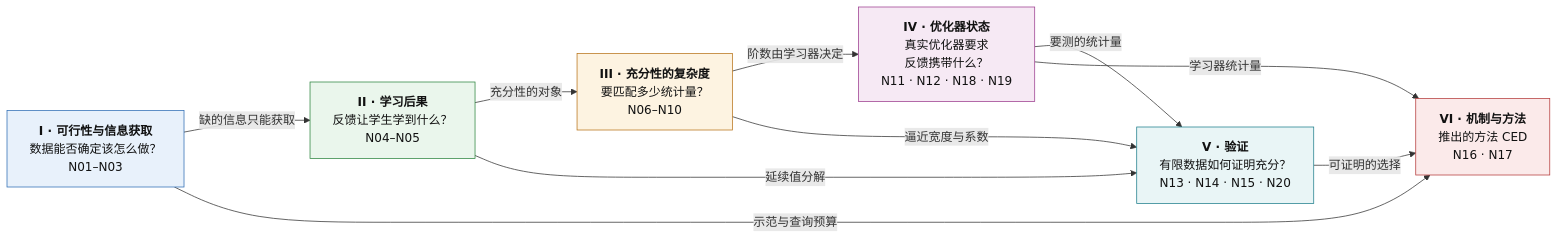
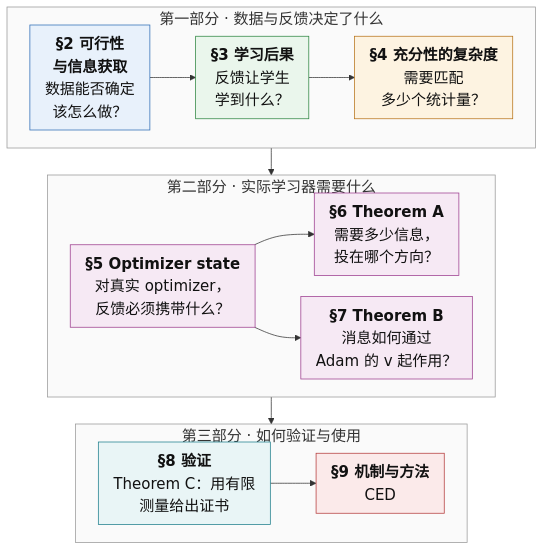
Before and after one commit to XueqiC/ICML27_agent_distillation: the first of 9 diagrams in theoretical_framework/README_ZH.md, drawn with Mermaid. The commit also changed other lines of this file and 113 other files, not shown here.

````diff
--- a/theoretical_framework/README_ZH.md
+++ b/theoretical_framework/README_ZH.md
@@ -41,25 +86,35 @@
 ```mermaid
-%%{init: {"flowchart": {"nodeSpacing": 30, "rankSpacing": 40}}}%%
-flowchart LR
-  I["<b>I · 可行性与信息获取</b><br/>数据能否确定该怎么做？<br/>N01–N03"]:::b1
-  II["<b>II · 学习后果</b><br/>反馈让学生学到什么？<br/>N04–N05"]:::b2
-  III["<b>III · 充分性的复杂度</b><br/>要匹配多少统计量？<br/>N06–N10"]:::b3
-  IV["<b>IV · 优化器状态</b><br/>真实优化器要求<br/>反馈携带什么？<br/>N11 · N12 · N18 · N19"]:::b4
-  V["<b>V · 验证</b><br/>有限数据如何证明充分？<br/>N13 · N14 · N15 · N20"]:::b5
-  VI["<b>VI · 机制与方法</b><br/>推出的方法 CED<br/>N16 · N17"]:::b6
-  I -->|缺的信息只能获取| II
-  II -->|充分性的对象| III
-  III -->|阶数由学习器决定| IV
-  II -->|延续值分解| V
-  III -->|逼近宽度与系数| V
-  IV -->|要测的统计量| V
-  I -->|示范与查询预算| VI
-  IV -->|学习器统计量| VI
-  V -->|可证明的选择| VI
+%%{init: {"themeVariables": {"fontSize": "20px"}, "flowchart": {"nodeSpacing": 28, "rankSpacing": 36, "padding": 10, "wrappingWidth": 260}}}%%
+flowchart TB
+  subgraph P1["第一部分 · 数据与反馈决定了什么"]
+    direction LR
+    S2["<b>§2 可行性<br/>与信息获取</b><br/>数据能否确定<br/>该怎么做？"]:::b1
+    S3["<b>§3 学习后果</b><br/>反馈让学生<br/>学到什么？"]:::b2
+    S4["<b>§4 充分性的复杂度</b><br/>需要匹配<br/>多少个统计量？"]:::b3
+    S2 --> S3 --> S4
+  end
+  subgraph P2["第二部分 · 实际学习器需要什么"]
+    direction LR
+    S5["<b>§5 Optimizer state</b><br/>对真实 optimizer，<br/>反馈必须携带什么？"]:::b4
+    S6["<b>§6 Theorem A</b><br/>需要多少信息，<br/>投在哪个方向？"]:::b4
+    S7["<b>§7 Theorem B</b><br/>消息如何通过<br/>Adam 的 v 起作用？"]:::b4
+    S5 --> S6
+    S5 --> S7
+  end
+  subgraph P3["第三部分 · 如何验证与使用"]
+    direction LR
+    S8["<b>§8 验证</b><br/>Theorem C：用有限<br/>测量给出证书"]:::b5
+    S9["<b>§9 机制与方法</b><br/>CED"]:::b6
+    S8 --> S9
+  end
+  P1 --> P2 --> P3
+  style P1 fill:#fafafa,stroke:#999
+  style P2 fill:#fafafa,stroke:#999
+  style P3 fill:#fafafa,stroke:#999
   classDef b1 fill:#e8f1fb,stroke:#2f6db5,color:#111
   classDef b2 fill:#eaf6ec,stroke:#2e8540,color:#111
   classDef b3 fill:#fdf3e1,stroke:#b8741a,color:#111
   classDef b4 fill:#f6e9f4,stroke:#9c3d8f,color:#111
   classDef b5 fill:#e9f5f6,stroke:#1f7f8c,color:#111
   classDef b6 fill:#fbeaea,stroke:#b53b3b,color:#111
 ```
````
